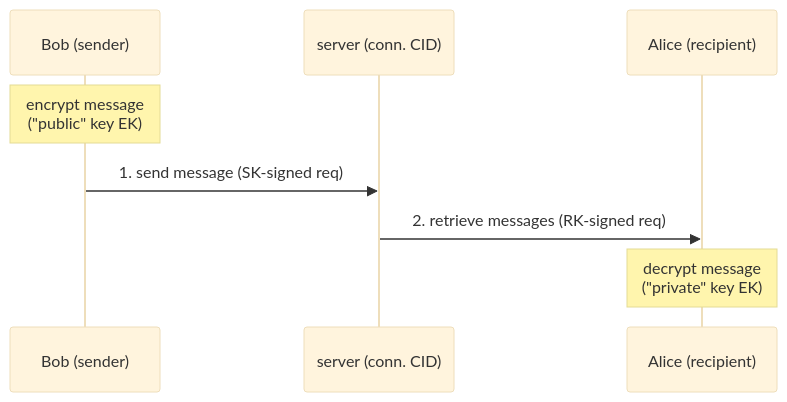
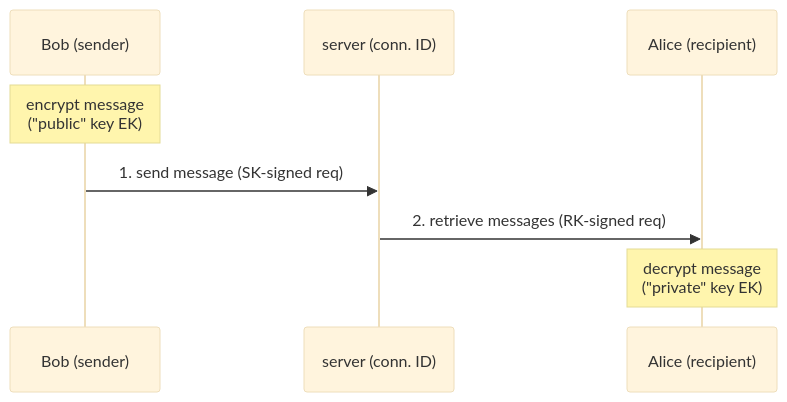
One commit to simplex-chat/simplex-chat changed the diagram in diagrams/edge-messaging/edge-using.mmd. Above: the diagram before and after it, drawn with Mermaid (base theme). The commit also changed 6 other files, not shown here.

Commit message:
update edge-messaging to match graph-chat

```diff
--- a/diagrams/edge-messaging/edge-using.mmd
+++ b/diagrams/edge-messaging/edge-using.mmd
@@ -1,10 +1,10 @@
 sequenceDiagram
   participant B as Bob (sender)
-  participant S as server (conn. CID)
+  participant S as server (conn. ID)
   participant A as Alice (recipient)
 
   note over B: encrypt message <br> ("public" key EK)
   B ->> S: 1. send message (SK-signed req)
 
   S ->> A: 2. retrieve messages (RK-signed req)
   note over A: decrypt message <br> ("private" key EK)
```
